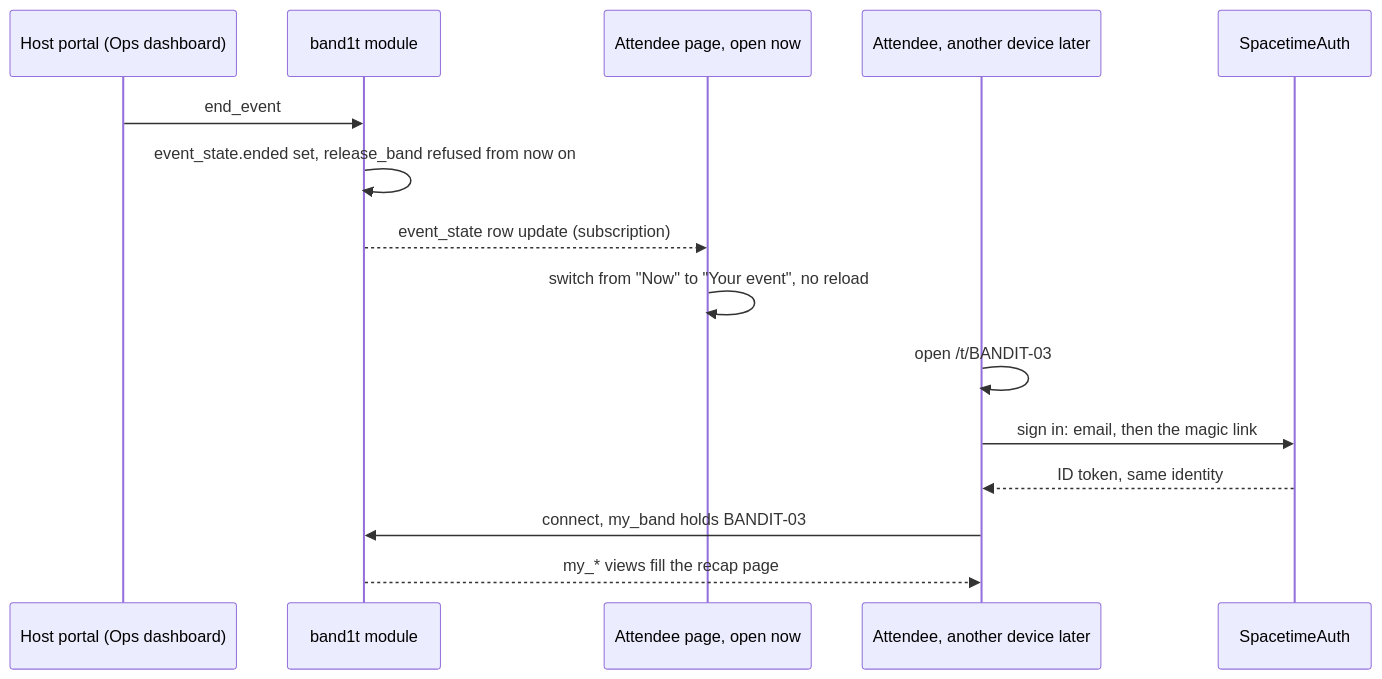
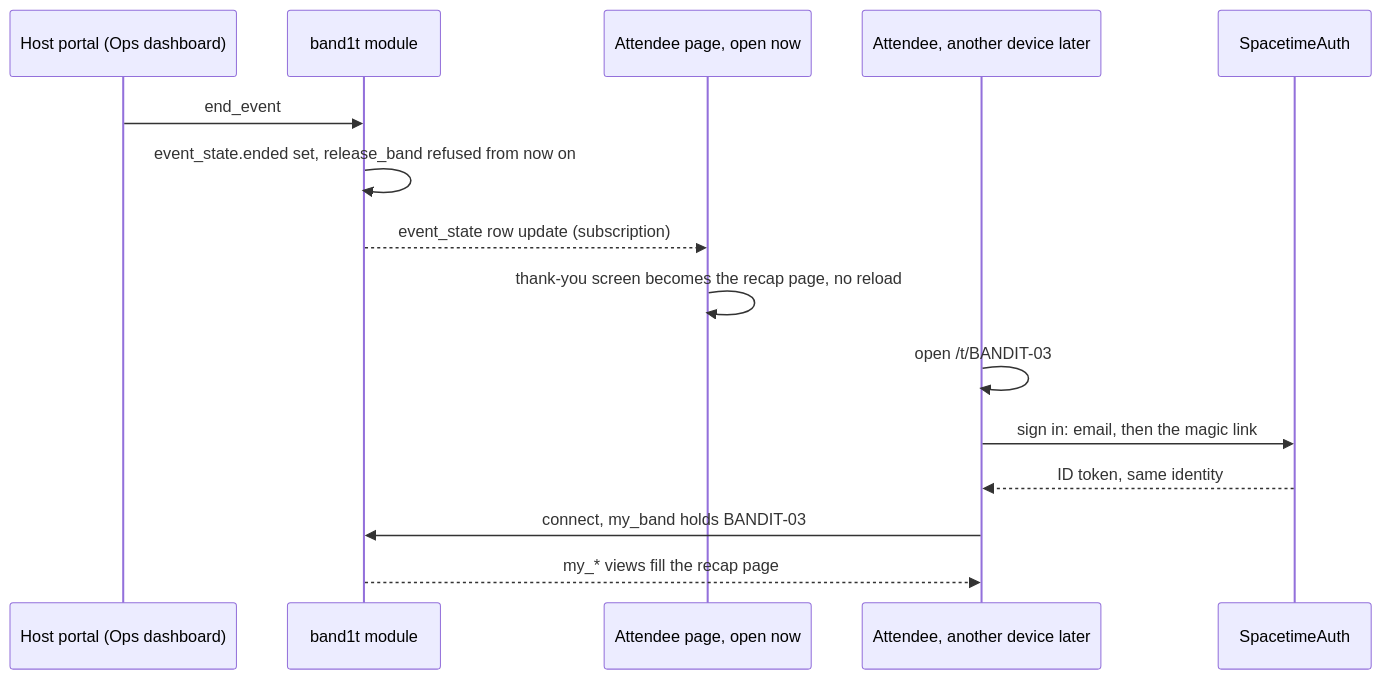
One commit to viktorinkov/cal-hacks-13 changed the fourth of 4 diagrams in System Design/5-apps/Attendee-App.md. Above: the diagram before and after it, drawn with Mermaid. The commit also changed other lines of this file and 19 other files, not shown here.

Commit message:
Attendee page is band setup, wallet step, then thank-you

````diff
--- a/System Design/5-apps/Attendee-App.md
+++ b/System Design/5-apps/Attendee-App.md
@@ -240,17 +199,17 @@
 ```mermaid
 sequenceDiagram
     participant Host as Host portal (Ops dashboard)
     participant Mod as band1t module
     participant P as Attendee page, open now
     participant Q as Attendee, another device later
     participant Auth as SpacetimeAuth
     Host->>Mod: end_event
     Mod->>Mod: event_state.ended set, release_band refused from now on
     Mod-->>P: event_state row update (subscription)
-    P->>P: switch from "Now" to "Your event", no reload
+    P->>P: thank-you screen becomes the recap page, no reload
     Q->>Q: open /t/BANDIT-03
     Q->>Auth: sign in: email, then the magic link
     Auth-->>Q: ID token, same identity
     Q->>Mod: connect, my_band holds BANDIT-03
     Mod-->>Q: my_* views fill the recap page
 ```
````
